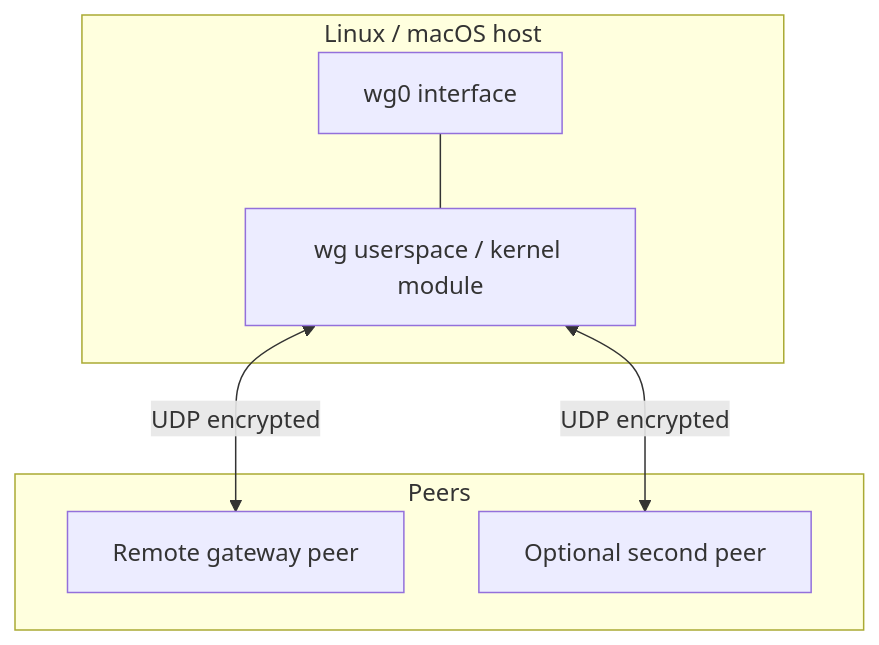
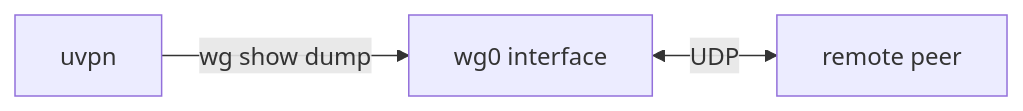
The first of 4 diagrams in docs/vpn-solutions/wireguard.md (roto31/Tunnel-Monitor---Universal), drawn with Mermaid before and after one commit. The commit also changed other lines of this file and 22 other files, not shown here.

````diff
--- a/docs/vpn-solutions/wireguard.md
+++ b/docs/vpn-solutions/wireguard.md
@@ -26,14 +24,5 @@
 ```mermaid
-flowchart TB
-    subgraph host [Linux / macOS host]
-        IF[wg0 interface]
-        WG[wg userspace / kernel module]
-        IF --- WG
-    end
-    subgraph peers [Peers]
-        P1[Remote gateway peer]
-        P2[Optional second peer]
-    end
-    WG <-->|UDP encrypted| P1
-    WG <-->|UDP encrypted| P2
+flowchart LR
+    IF[wg0 interface] <-->|UDP| PEER[remote peer]
+    uvpn -->|wg show dump| IF
 ```
````
